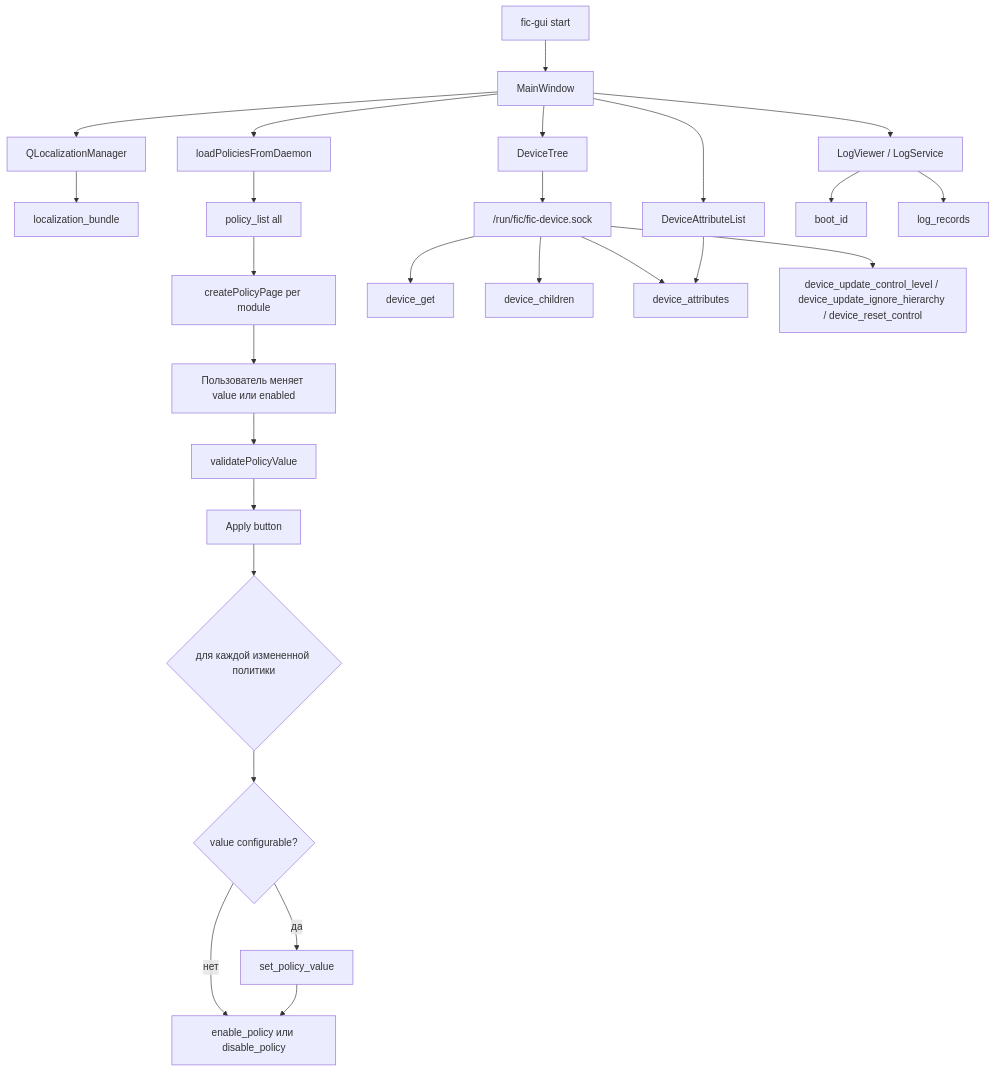
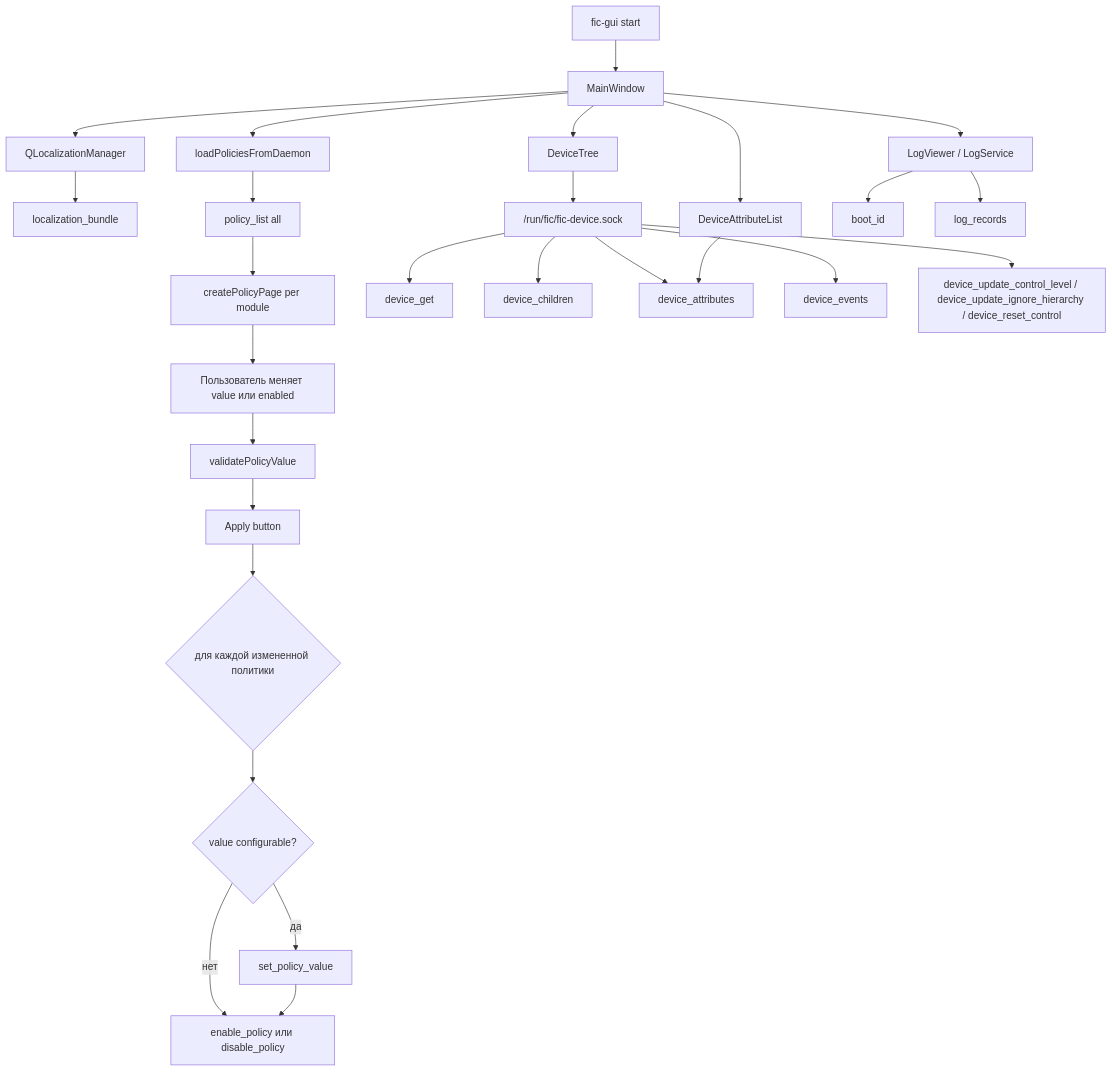
One commit to RevoltStar/FIC changed the ninth of 11 diagrams in docs/architecture-diagrams.md. Above: the diagram before and after it, drawn with Mermaid. The commit also changed 9 other files, not shown here.

````diff
--- a/docs/architecture-diagrams.md
+++ b/docs/architecture-diagrams.md
@@ -303,33 +303,34 @@
 ```mermaid
 flowchart TD
     start[fic-gui start] --> mainWindow[MainWindow]
     mainWindow --> localization[QLocalizationManager]
     localization --> ipcLoc[localization_bundle]
 
     mainWindow --> policyLoad[loadPoliciesFromDaemon]
     policyLoad --> ipcPolicies[policy_list all]
     ipcPolicies --> policyPages[createPolicyPage per module]
 
     policyPages --> edit[Пользователь меняет value или enabled]
     edit --> validateGui[validatePolicyValue]
     validateGui --> apply[Apply button]
     apply --> setLoop{для каждой измененной политики}
     setLoop --> setIfNeeded{value configurable?}
     setIfNeeded -->|да| setValue[set_policy_value]
     setIfNeeded -->|нет| state
     setValue --> state[enable_policy или disable_policy]
 
     mainWindow --> deviceTree[DeviceTree]
     deviceTree --> deviceSock["/run/fic/fic-device.sock"]
     deviceSock --> devGet[device_get]
     deviceSock --> devChildren[device_children]
     deviceSock --> devAttrs[device_attributes]
+    deviceSock --> devEvents[device_events]
     deviceSock --> devControl[device_update_control_level / device_update_ignore_hierarchy / device_reset_control]
 
     mainWindow --> attrList[DeviceAttributeList]
     attrList --> devAttrs
 
     mainWindow --> logViewer[LogViewer / LogService]
     logViewer --> boot[boot_id]
     logViewer --> records[log_records]
 ```
````
